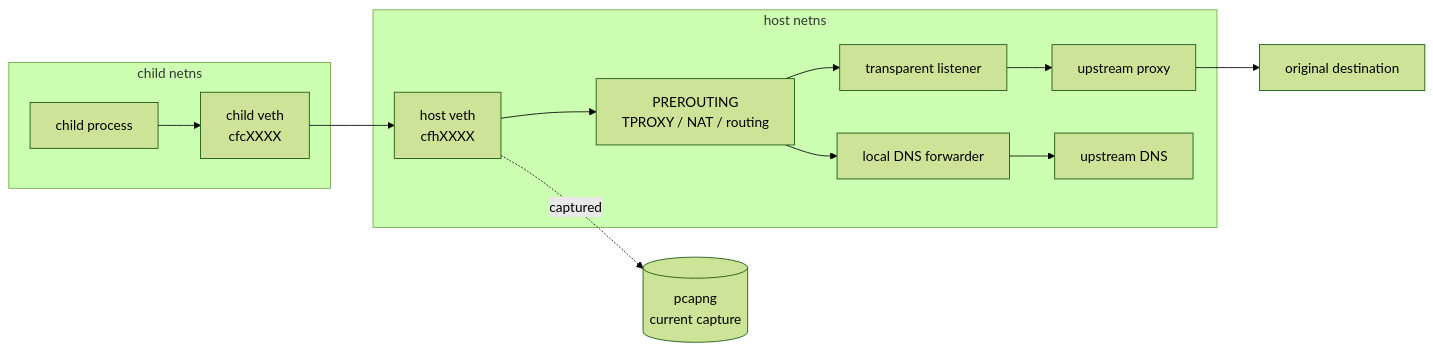
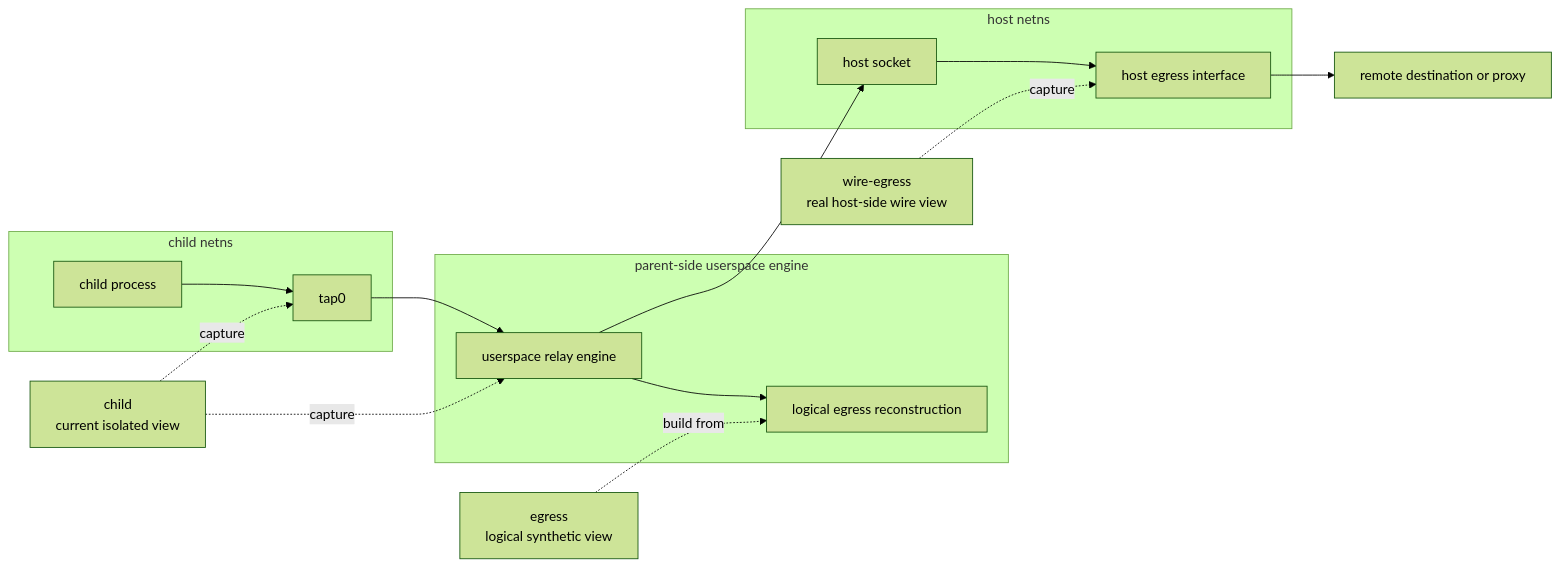
The first of 2 diagrams in docs/technical-details.md (blacknon/childflow), drawn with Mermaid (forest theme) before and after one commit. The commit also changed other lines of this file and 26 other files, not shown here.

````diff
--- a/docs/technical-details.md
+++ b/docs/technical-details.md
@@ -58,29 +54,28 @@
 ```mermaid
 flowchart LR
     subgraph ChildNetNS["child netns"]
         CP["child process"]
-        CV["child veth\ncfcXXXX"]
-        CP --> CV
+        TAP["tap0"]
+        CP --> TAP
+    end
+
+    subgraph ParentSide["parent-side userspace engine"]
+        ENG["userspace relay engine"]
+        FLOW["logical egress reconstruction"]
     end
 
     subgraph HostNetNS["host netns"]
-        HV["host veth\ncfhXXXX"]
-        PR["PREROUTING\nTPROXY / NAT / routing"]
-        TL["transparent listener"]
-        DNSF["local DNS forwarder"]
-        UP["upstream proxy"]
-        DNSU["upstream DNS"]
+        SOCK["host socket"]
+        WIRE["host egress interface"]
     end
 
-    OD["original destination"]
-    PCAP[("pcapng\ncurrent capture")]
+    REM["remote destination or proxy"]
 
-    CV --> HV
-    HV --> PR
-    HV -. captured .-> PCAP
-    PR --> TL
-    TL --> UP
-    UP --> OD
-    PR --> DNSF
-    DNSF --> DNSU
+    TAP --> ENG --> SOCK --> WIRE --> REM
+    ENG --> FLOW
+
+    C1["child\ncurrent isolated view"] -. capture .-> TAP
+    C1 -. capture .-> ENG
+    C2["egress\nlogical synthetic view"] -. build from .-> FLOW
+    C3["wire-egress\nreal host-side wire view"] -. capture .-> WIRE
 ```
````
